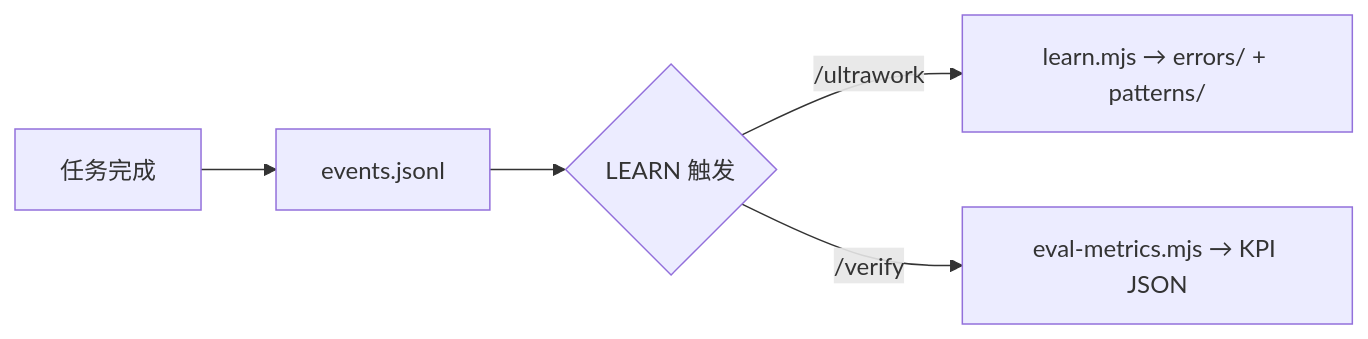
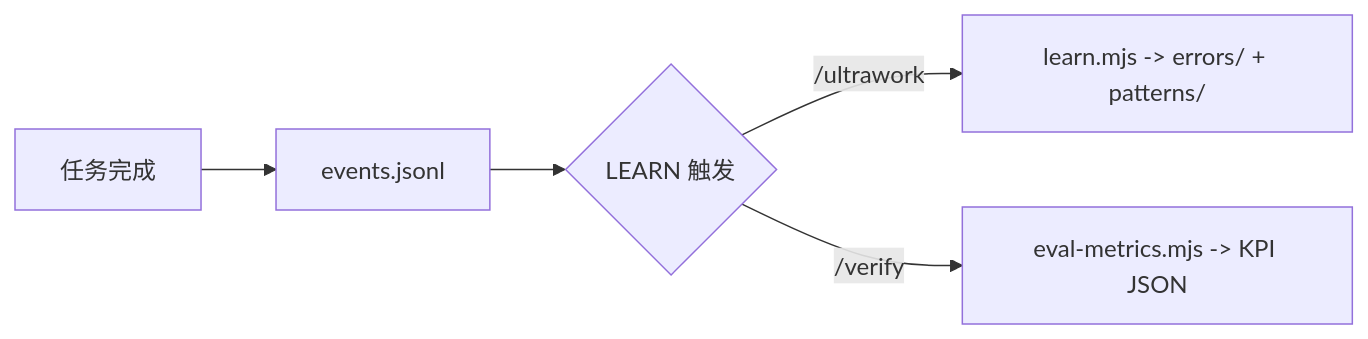
One commit to cgartlab/men changed the second of 2 diagrams in README.md. Above: the diagram before and after it, drawn with Mermaid. The commit also changed other lines of this file and 1 other file, not shown here.

````diff
--- a/README.md
+++ b/README.md
@@ -154,7 +154,7 @@
 ```mermaid
 flowchart LR
     A[任务完成] --> B[events.jsonl]
     B --> C{LEARN 触发}
-    C -->|/ultrawork| D[learn.mjs → errors/ + patterns/]
-    C -->|/verify| E[eval-metrics.mjs → KPI JSON]
+    C -->|/ultrawork| D[learn.mjs -> errors/ + patterns/]
+    C -->|/verify| E[eval-metrics.mjs -> KPI JSON]
 ```
````
